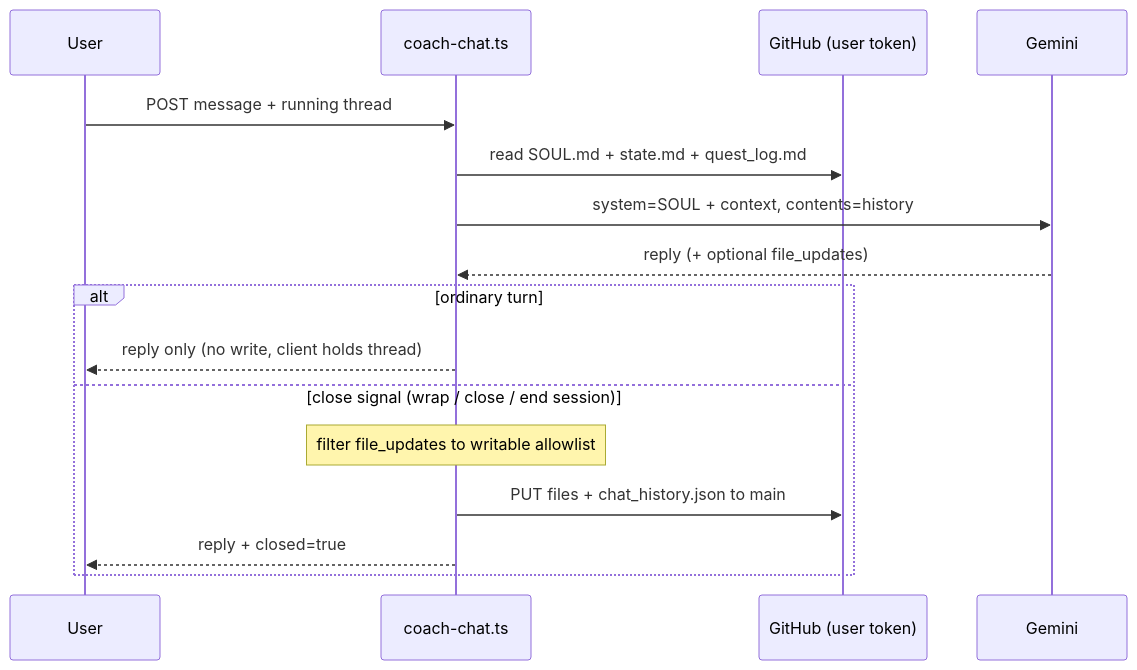
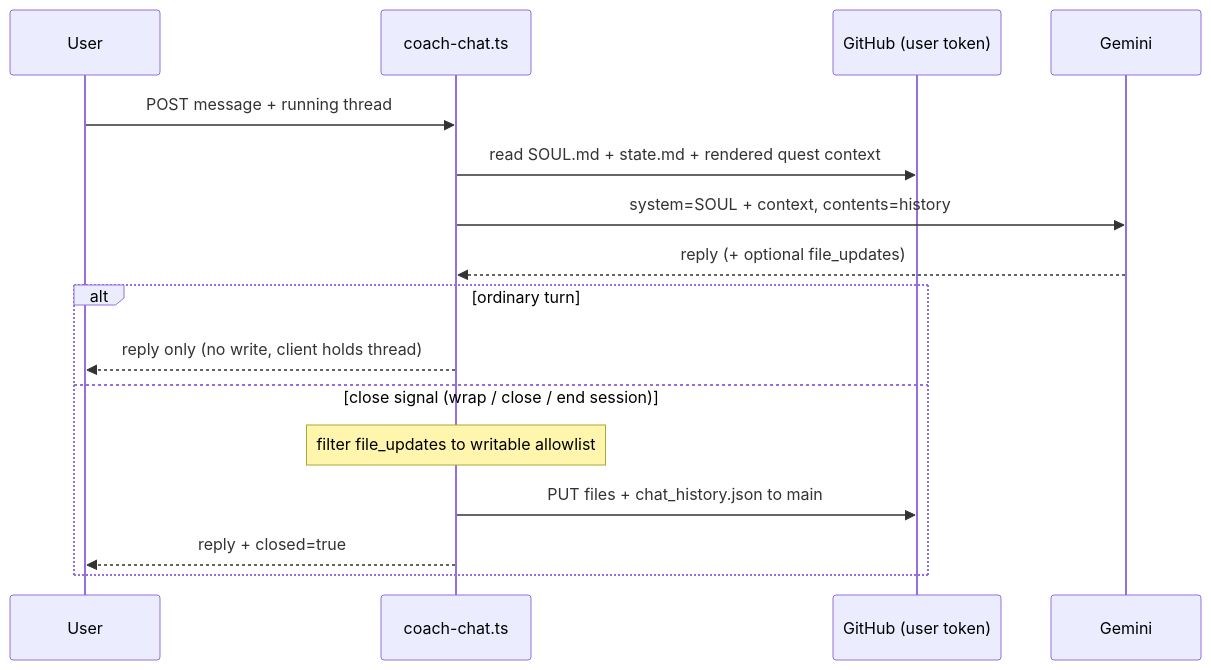
The fifth of 7 diagrams in docs/eng-docs/scaling-plan.md (sibling-shipyard/coach-hq), drawn with Mermaid before and after one commit. The commit also changed other lines of this file and 69 other files, not shown here.

````diff
--- a/docs/eng-docs/scaling-plan.md
+++ b/docs/eng-docs/scaling-plan.md
@@ -209,18 +209,18 @@
 ```mermaid
 sequenceDiagram
   participant U as User
   participant API as coach-chat.ts
   participant GH as GitHub (user token)
   participant G as Gemini
   U->>API: POST message + running thread
-  API->>GH: read SOUL.md + state.md + quest_log.md
+  API->>GH: read SOUL.md + state.md + rendered quest context
   API->>G: system=SOUL + context, contents=history
   G-->>API: reply (+ optional file_updates)
   alt ordinary turn
     API-->>U: reply only (no write, client holds thread)
   else close signal (wrap / close / end session)
     Note over API: filter file_updates to writable allowlist
     API->>GH: PUT files + chat_history.json to main
     API-->>U: reply + closed=true
   end
 ```
````
